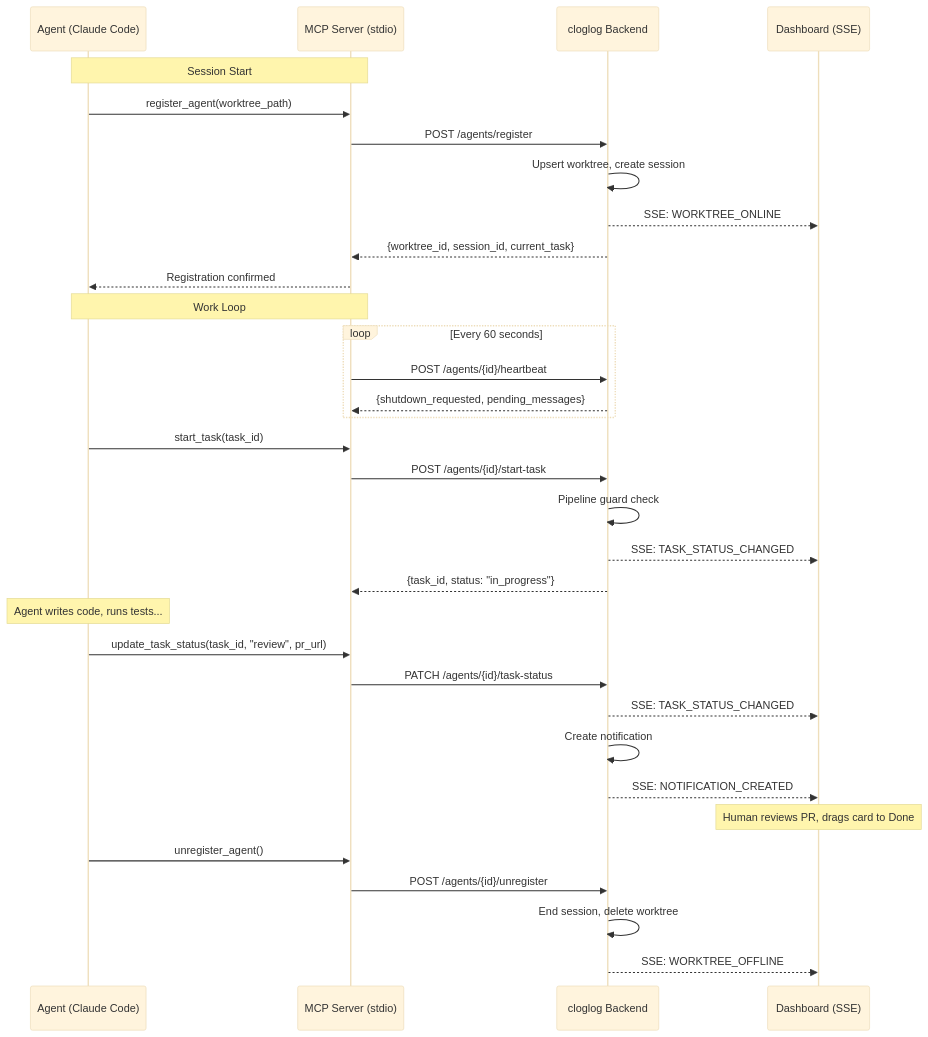
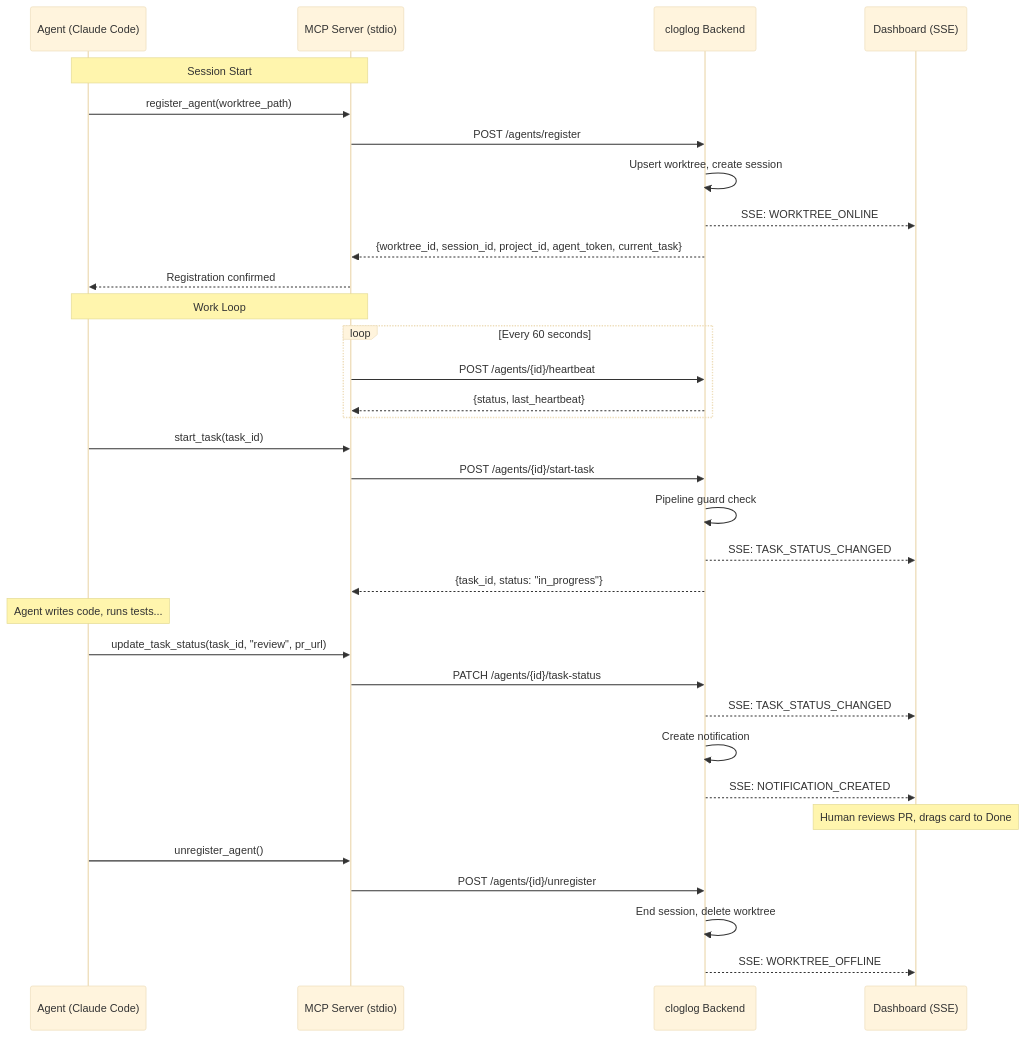
Before and after one commit to sachinkundu/cloglog: the sixth of 12 diagrams in docs/design.md, drawn with Mermaid (base theme). The commit also changed other lines of this file, not shown here.

First line of the commit message:
docs: audit and update design.md against current source code

````diff
--- a/docs/design.md
+++ b/docs/design.md
@@ -249,42 +255,42 @@
 ```mermaid
 sequenceDiagram
     participant A as Agent (Claude Code)
     participant M as MCP Server (stdio)
     participant B as cloglog Backend
     participant D as Dashboard (SSE)
 
     Note over A,M: Session Start
     A->>M: register_agent(worktree_path)
     M->>B: POST /agents/register
     B->>B: Upsert worktree, create session
     B-->>D: SSE: WORKTREE_ONLINE
-    B-->>M: {worktree_id, session_id, current_task}
+    B-->>M: {worktree_id, session_id, project_id, agent_token, current_task}
     M-->>A: Registration confirmed
 
     Note over A,M: Work Loop
     loop Every 60 seconds
         M->>B: POST /agents/{id}/heartbeat
-        B-->>M: {shutdown_requested, pending_messages}
+        B-->>M: {status, last_heartbeat}
     end
 
     A->>M: start_task(task_id)
     M->>B: POST /agents/{id}/start-task
     B->>B: Pipeline guard check
     B-->>D: SSE: TASK_STATUS_CHANGED
     B-->>M: {task_id, status: "in_progress"}
 
     Note over A: Agent writes code, runs tests...
 
     A->>M: update_task_status(task_id, "review", pr_url)
     M->>B: PATCH /agents/{id}/task-status
     B-->>D: SSE: TASK_STATUS_CHANGED
     B->>B: Create notification
     B-->>D: SSE: NOTIFICATION_CREATED
 
     Note over D: Human reviews PR, drags card to Done
 
     A->>M: unregister_agent()
     M->>B: POST /agents/{id}/unregister
     B->>B: End session, delete worktree
     B-->>D: SSE: WORKTREE_OFFLINE
 ```
````
